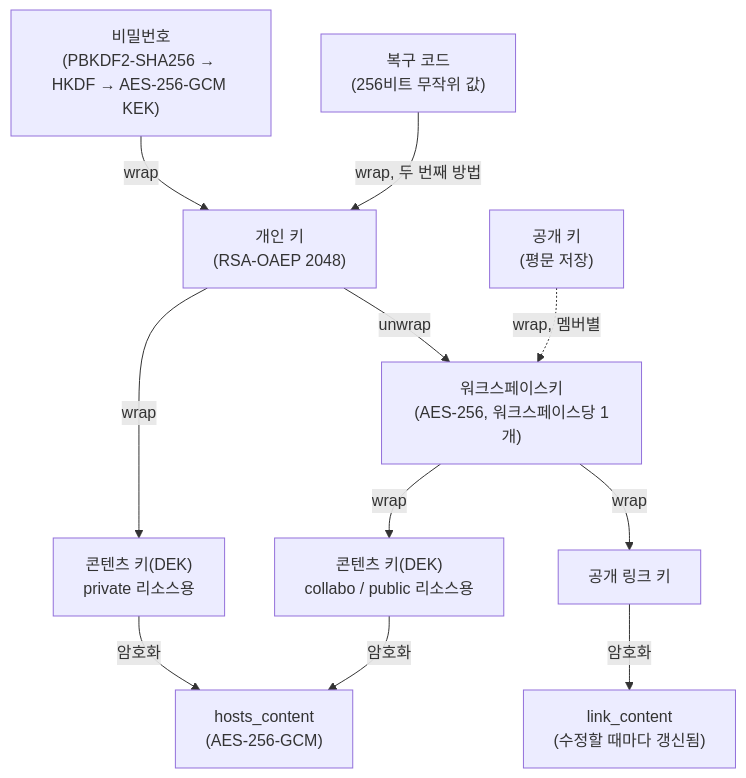
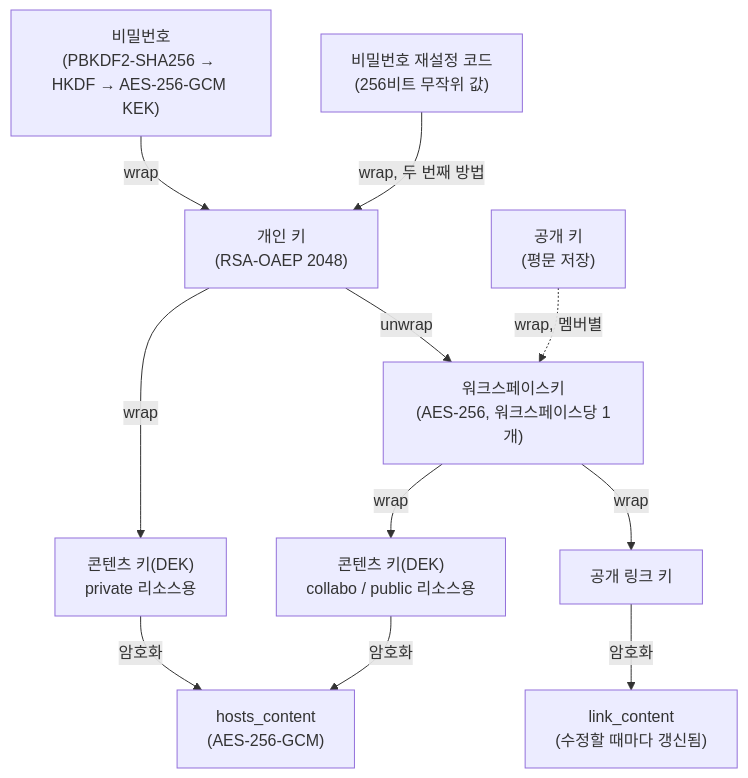
The diagram in docs/05-end-to-end-encryption.md (tricatch/oeHub), drawn with Mermaid before and after one commit. The commit also changed other lines of this file and 6 other files, not shown here.

````diff
--- a/docs/05-end-to-end-encryption.md
+++ b/docs/05-end-to-end-encryption.md
@@ -22,13 +22,13 @@
 ```mermaid
 flowchart TD
     PW["비밀번호\n(PBKDF2-SHA256 → HKDF → AES-256-GCM KEK)"] -->|wrap| PRIV["개인 키\n(RSA-OAEP 2048)"]
-    REC["복구 코드\n(256비트 무작위 값)"] -->|wrap, 두 번째 방법| PRIV
+    REC["비밀번호 재설정 코드\n(256비트 무작위 값)"] -->|wrap, 두 번째 방법| PRIV
     PRIV -->|unwrap| WSK["워크스페이스키\n(AES-256, 워크스페이스당 1개)"]
     PUB["공개 키\n(평문 저장)"] -.->|wrap, 멤버별| WSK
     WSK -->|wrap| DEK_PUB["콘텐츠 키(DEK)\ncollabo / public 리소스용"]
     PRIV -->|wrap| DEK_PRIV["콘텐츠 키(DEK)\nprivate 리소스용"]
     DEK_PRIV -->|암호화| CONTENT["hosts_content\n(AES-256-GCM)"]
     DEK_PUB -->|암호화| CONTENT
     WSK -->|wrap| LINKKEY["공개 링크 키"]
     LINKKEY -->|암호화| LINKCONTENT["link_content\n(수정할 때마다 갱신됨)"]
 ```
````
